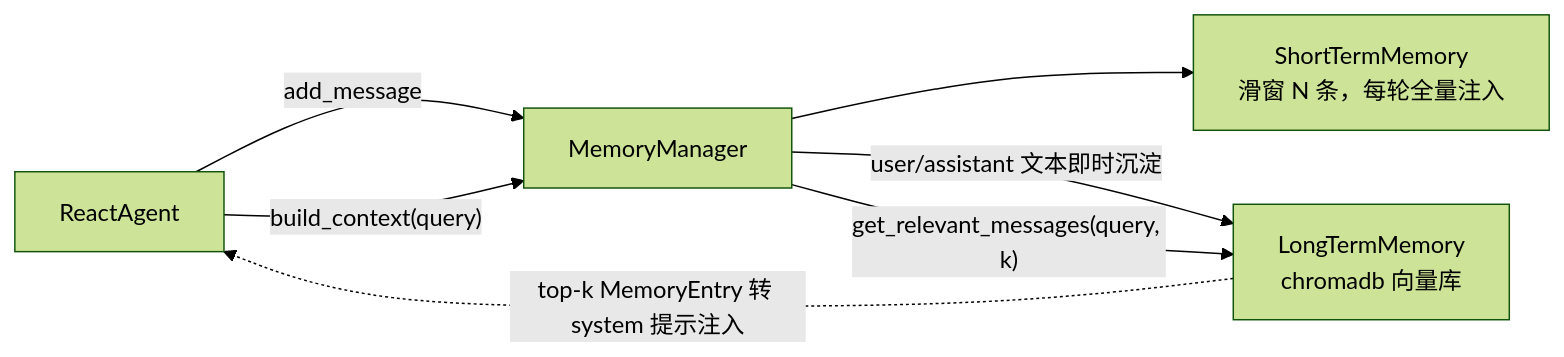
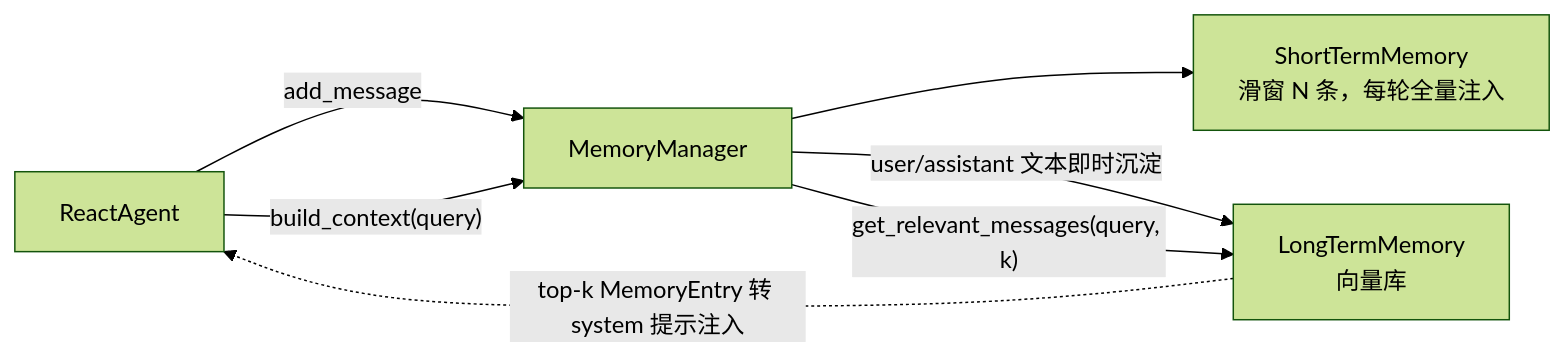
The sixth of 6 diagrams in docs/架构设计.md (Mzys521/gearlink), drawn with Mermaid (forest theme) before and after one commit. The commit also changed other lines of this file and 40 other files, not shown here.

````diff
--- a/docs/架构设计.md
+++ b/docs/架构设计.md
@@ -278,9 +395,9 @@
 ```mermaid
 flowchart LR
     AGENT[ReactAgent] -->|"add_message"| MM[MemoryManager]
     MM --> STM["ShortTermMemory<br/>滑窗 N 条，每轮全量注入"]
-    MM -->|"user/assistant 文本即时沉淀"| LTM["LongTermMemory<br/>chromadb 向量库"]
+    MM -->|"user/assistant 文本即时沉淀"| LTM["LongTermMemory<br/>向量库"]
     AGENT -->|"build_context(query)"| MM
     MM -->|"get_relevant_messages(query, k)"| LTM
     LTM -.->|"top-k MemoryEntry 转 system 提示注入"| AGENT
 ```
````
